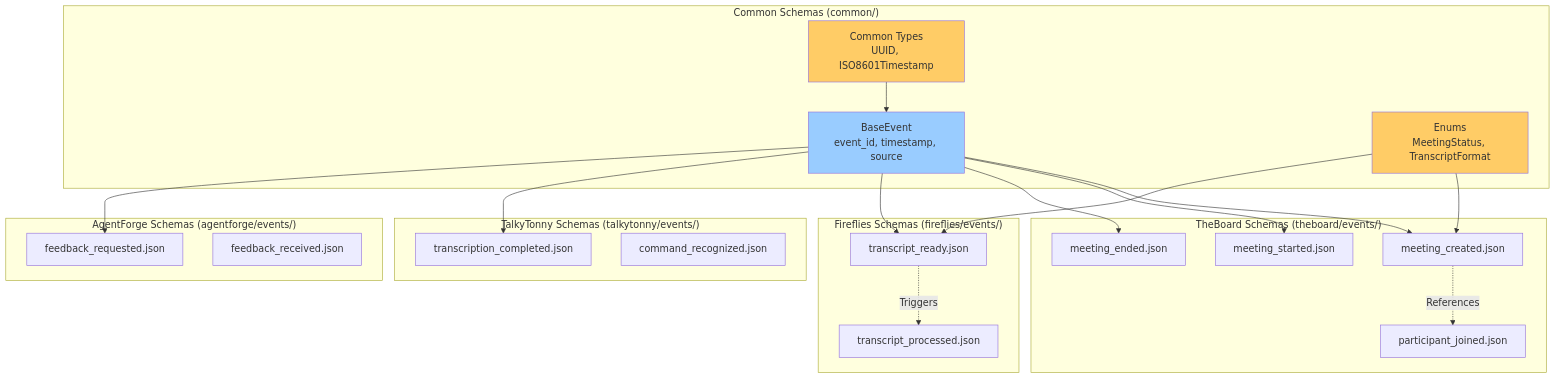
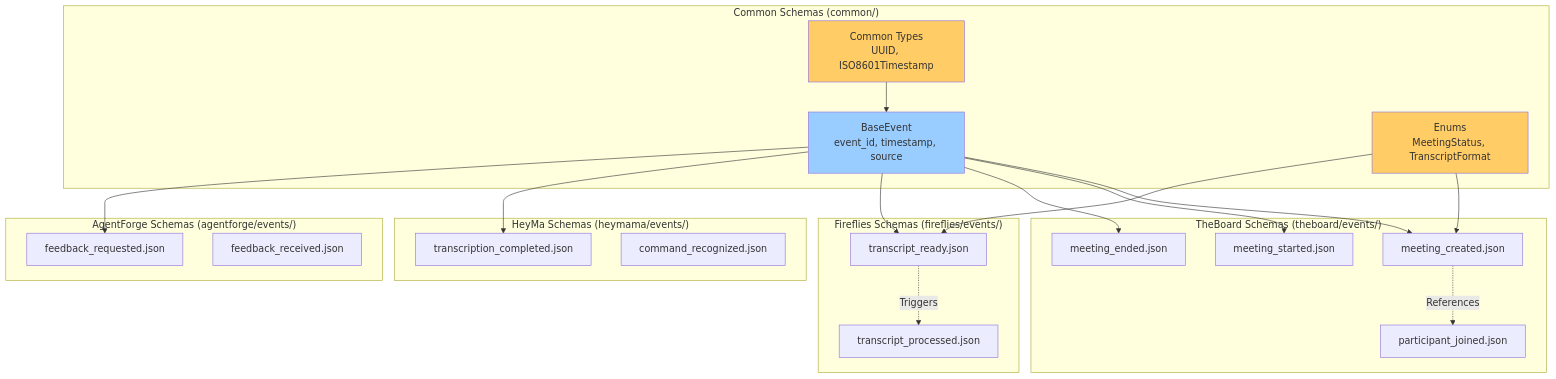
One commit to delorenj/33GOD changed the third of 6 diagrams in docs/domains/event-infrastructure/dependencies.md. Above: the diagram before and after it, drawn with Mermaid. The commit also changed other lines of this file and 38 other files, not shown here.

Commit message:
refactor: Rename TalkyTonny submodule to HeyMa. Also updated all references

````diff
--- a/docs/domains/event-infrastructure/dependencies.md
+++ b/docs/domains/event-infrastructure/dependencies.md
@@ -152,51 +152,51 @@
 ```mermaid
 graph TB
     subgraph Common["Common Schemas (common/)"]
         BaseEvent[BaseEvent<br/>event_id, timestamp, source]
         Enums[Enums<br/>MeetingStatus, TranscriptFormat]
         Types[Common Types<br/>UUID, ISO8601Timestamp]
     end
 
     subgraph TheBoard["TheBoard Schemas (theboard/events/)"]
         MeetingCreated[meeting_created.json]
         MeetingStarted[meeting_started.json]
         MeetingEnded[meeting_ended.json]
         ParticipantJoined[participant_joined.json]
     end
 
     subgraph Fireflies["Fireflies Schemas (fireflies/events/)"]
         TranscriptReady[transcript_ready.json]
         TranscriptProcessed[transcript_processed.json]
     end
 
-    subgraph TalkyTonny["TalkyTonny Schemas (talkytonny/events/)"]
+    subgraph HeyMa["HeyMa Schemas (heymama/events/)"]
         TranscriptionCompleted[transcription_completed.json]
         CommandRecognized[command_recognized.json]
     end
 
     subgraph AgentForge["AgentForge Schemas (agentforge/events/)"]
         FeedbackRequested[feedback_requested.json]
         FeedbackReceived[feedback_received.json]
     end
 
     %% Base dependencies
     BaseEvent --> MeetingCreated
     BaseEvent --> MeetingStarted
     BaseEvent --> MeetingEnded
     BaseEvent --> TranscriptReady
     BaseEvent --> TranscriptionCompleted
     BaseEvent --> FeedbackRequested
 
     Enums --> MeetingCreated
     Enums --> TranscriptReady
 
     Types --> BaseEvent
 
     %% Cross-schema dependencies
     MeetingCreated -.->|References| ParticipantJoined
     TranscriptReady -.->|Triggers| TranscriptProcessed
 
     style BaseEvent fill:#9cf
     style Enums fill:#fc6
     style Types fill:#fc6
 ```
````
